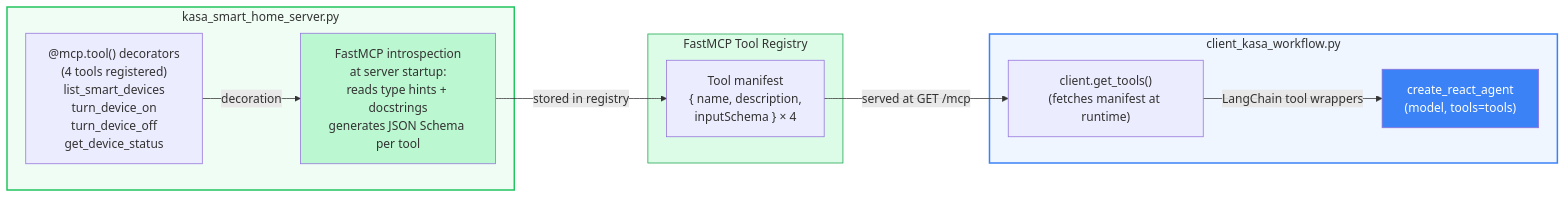
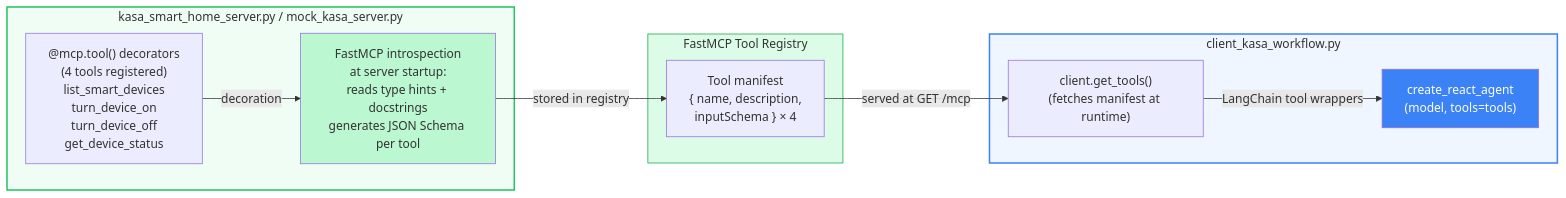
One commit to mohitagr18/ch08-model-context-protocol changed the eighth of 8 diagrams in workflow/workflow.md. Above: the diagram before and after it, drawn with Mermaid. The commit also changed other lines of this file and 1 other file, not shown here.

Commit message:
Cleanup: update workflow diagram for dual-LLM; update root README structure tree

````diff
--- a/workflow/workflow.md
+++ b/workflow/workflow.md
@@ -308,27 +310,27 @@
 ```mermaid
 flowchart LR
-    subgraph SERVER ["kasa_smart_home_server.py"]
+    subgraph SERVER ["kasa_smart_home_server.py / mock_kasa_server.py"]
         DECS["@mcp.tool() decorators\n(4 tools registered)\nlist_smart_devices\nturn_device_on\nturn_device_off\nget_device_status"]
         INTROSPECT["FastMCP introspection\nat server startup:\nreads type hints + docstrings\ngenerates JSON Schema per tool"]
         DECS -->|"decoration"| INTROSPECT
     end
 
     subgraph REGISTRY ["FastMCP Tool Registry"]
         R["Tool manifest\n{ name, description,\n  inputSchema } × 4"]
     end
 
     subgraph CLIENT ["client_kasa_workflow.py"]
         GE["client.get_tools()\n(fetches manifest at runtime)"]
         AGENT["create_react_agent\n(model, tools=tools)"]
         GE -->|"LangChain tool wrappers"| AGENT
     end
 
     INTROSPECT -->|"stored in registry"| R
     R -->|"served at GET /mcp"| GE
 
     style SERVER fill:#f0fdf4,stroke:#22c55e,stroke-width:2px
     style REGISTRY fill:#dcfce7,stroke:#16a34a
     style CLIENT fill:#eff6ff,stroke:#3b82f6,stroke-width:2px
     style AGENT fill:#3b82f6,color:#fff
     style INTROSPECT fill:#bbf7d0
 ```
````
